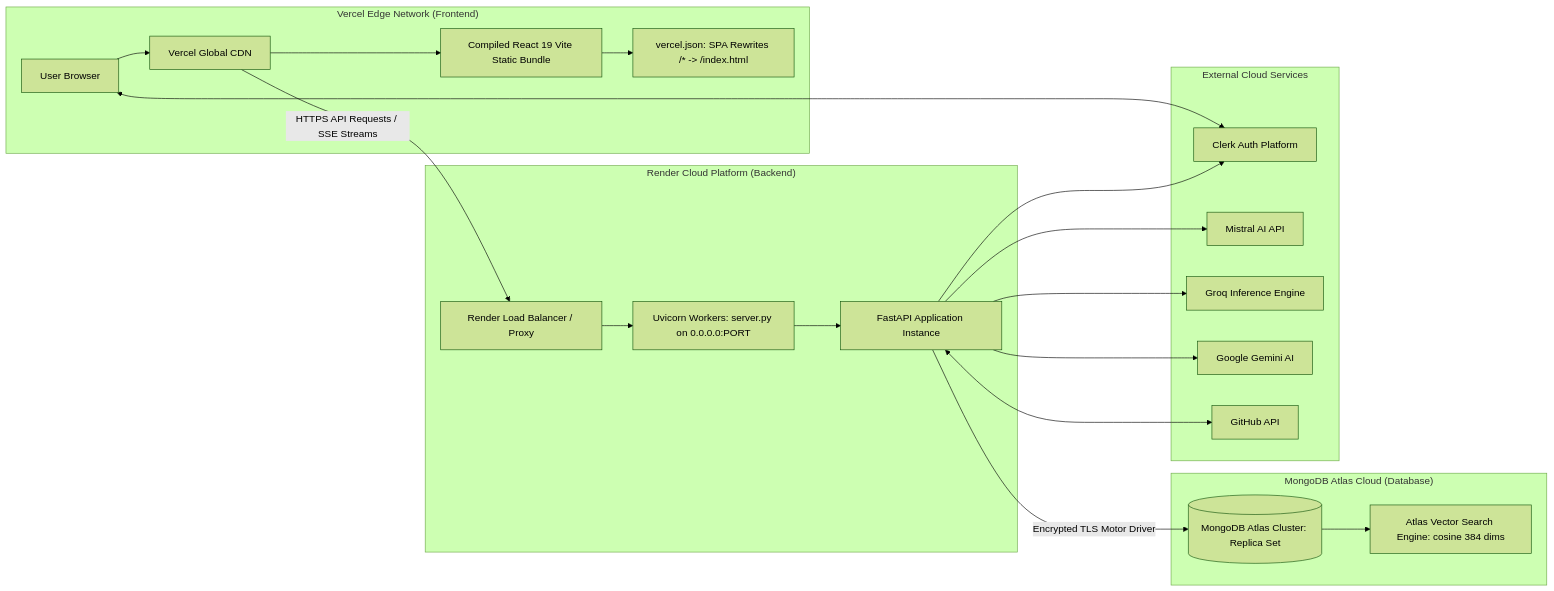
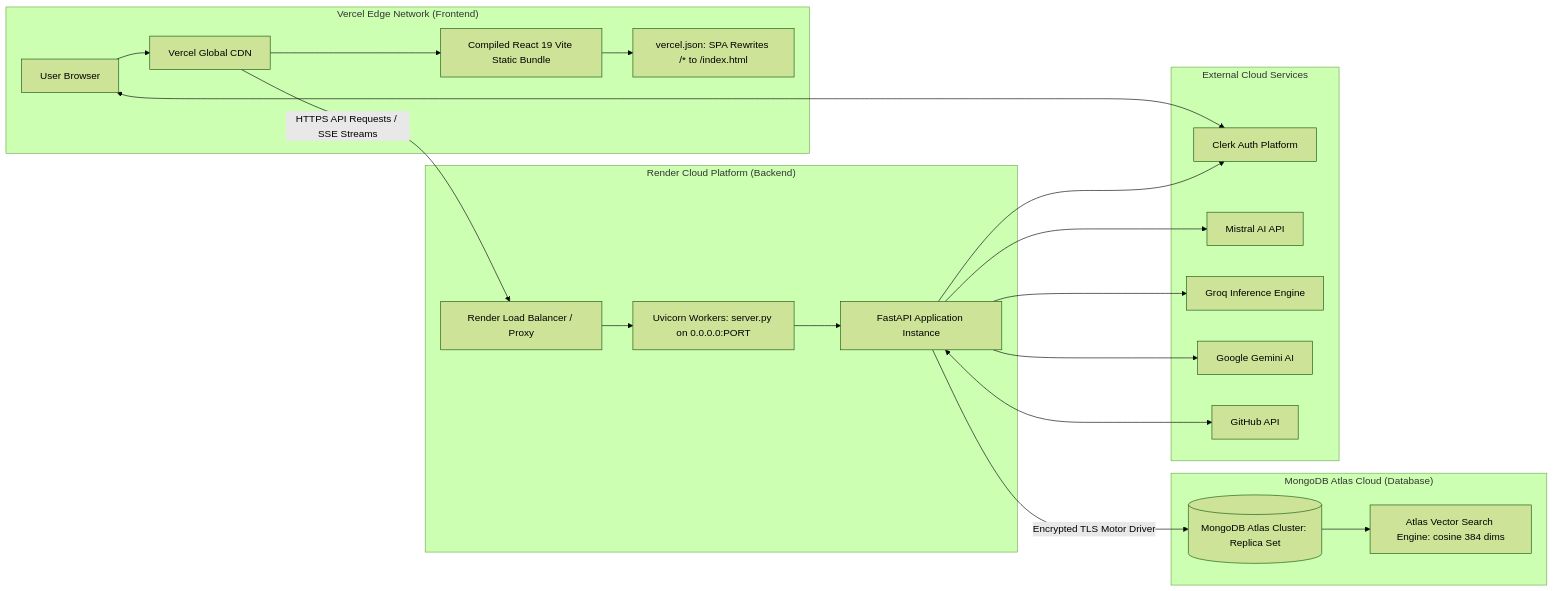
One commit to priyadharshiniannadurai413-dev/study_guide_generator changed the ninth of 9 diagrams in docs/architecture.md. Above: the diagram before and after it, drawn with Mermaid (forest theme). The commit also changed other lines of this file and 1 other file, not shown here.

Commit message:
docs: add system workflow and architecture documentation

````diff
--- a/docs/architecture.md
+++ b/docs/architecture.md
@@ -518,28 +554,28 @@
 ```mermaid
 flowchart LR
     subgraph ClientHosting ["Vercel Edge Network (Frontend)"]
-        UserBrowser[User Browser] --> VercelCDN[Vercel Global CDN]
-        VercelCDN --> ReactBundle[Compiled React 19 Vite Static Bundle]
-        ReactBundle --> VercelRouting[vercel.json: SPA Rewrites /* -> /index.html]
+        UserBrowser["User Browser"] --> VercelCDN["Vercel Global CDN"]
+        VercelCDN --> ReactBundle["Compiled React 19 Vite Static Bundle"]
+        ReactBundle --> VercelRouting["vercel.json: SPA Rewrites /* to /index.html"]
     end
 
     subgraph BackendHosting ["Render Cloud Platform (Backend)"]
-        VercelCDN -->|HTTPS API Requests / SSE Streams| RenderLoadBalancer[Render Load Balancer / Proxy]
-        RenderLoadBalancer --> UvicornProcess[Uvicorn Workers: server.py on 0.0.0.0:PORT]
-        UvicornProcess --> FastAPIInstance[FastAPI Application Instance]
+        VercelCDN -->|HTTPS API Requests / SSE Streams| RenderLoadBalancer["Render Load Balancer / Proxy"]
+        RenderLoadBalancer --> UvicornProcess["Uvicorn Workers: server.py on 0.0.0.0:PORT"]
+        UvicornProcess --> FastAPIInstance["FastAPI Application Instance"]
     end
 
     subgraph DatabaseHosting ["MongoDB Atlas Cloud (Database)"]
-        FastAPIInstance -->|Encrypted TLS Motor Driver| AtlasCluster[(MongoDB Atlas Cluster: Replica Set)]
-        AtlasCluster --> VectorIndexes[Atlas Vector Search Engine: cosine 384 dims]
+        FastAPIInstance -->|Encrypted TLS Motor Driver| AtlasCluster[("MongoDB Atlas Cluster: Replica Set")]
+        AtlasCluster --> VectorIndexes["Atlas Vector Search Engine: cosine 384 dims"]
     end
 
     subgraph ExternalClouds ["External Cloud Services"]
-        UserBrowser <--> ClerkPlatform[Clerk Auth Platform]
+        UserBrowser <--> ClerkPlatform["Clerk Auth Platform"]
         FastAPIInstance --> ClerkPlatform
-        FastAPIInstance --> MistralCloud[Mistral AI API]
-        FastAPIInstance --> GroqPlatform[Groq Inference Engine]
-        FastAPIInstance --> GoogleCloud[Google Gemini AI]
-        FastAPIInstance <--> GitHubPlatform[GitHub API]
+        FastAPIInstance --> MistralCloud["Mistral AI API"]
+        FastAPIInstance --> GroqPlatform["Groq Inference Engine"]
+        FastAPIInstance --> GoogleCloud["Google Gemini AI"]
+        FastAPIInstance <--> GitHubPlatform["GitHub API"]
     end
 ```
````
